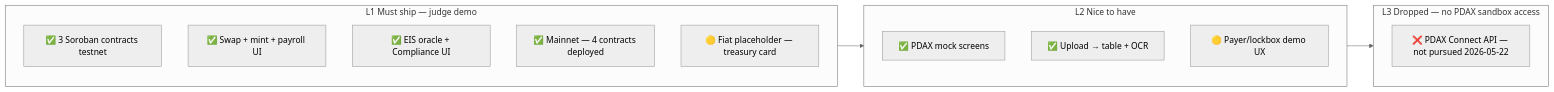
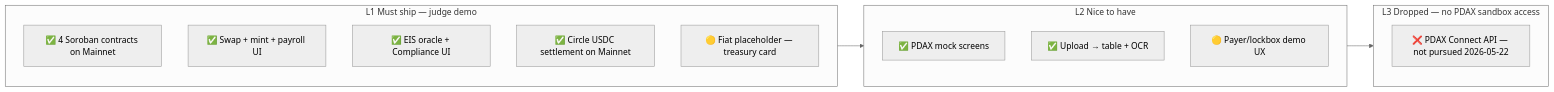
One commit to Axon-Enjin/axial changed the seventh of 8 diagrams in docs/flow.md. Above: the diagram before and after it, drawn with Mermaid (neutral theme). The commit also changed other lines of this file and 15 other files, not shown here.

````diff
--- a/docs/flow.md
+++ b/docs/flow.md
@@ -300,22 +300,22 @@
 ```mermaid
 flowchart LR
   subgraph L1 [L1 Must ship — judge demo]
-    L1a["✅ 3 Soroban contracts testnet"]
+    L1a["✅ 4 Soroban contracts on Mainnet"]
     L1b["✅ Swap + mint + payroll UI"]
     L1c["✅ EIS oracle + Compliance UI"]
-    L1d["✅ Mainnet — 4 contracts deployed"]
+    L1d["✅ Circle USDC settlement on Mainnet"]
     L1e["🟡 Fiat placeholder — treasury card"]
   end
 
   subgraph L2 [L2 Nice to have]
     L2a["✅ PDAX mock screens"]
     L2b["✅ Upload → table + OCR"]
     L2c["🟡 Payer/lockbox demo UX"]
   end
 
   subgraph L3 [L3 Dropped — no PDAX sandbox access]
     L3a["❌ PDAX Connect API — not pursued 2026-05-22"]
   end
 
   L1 --> L2 --> L3
 ```
````
